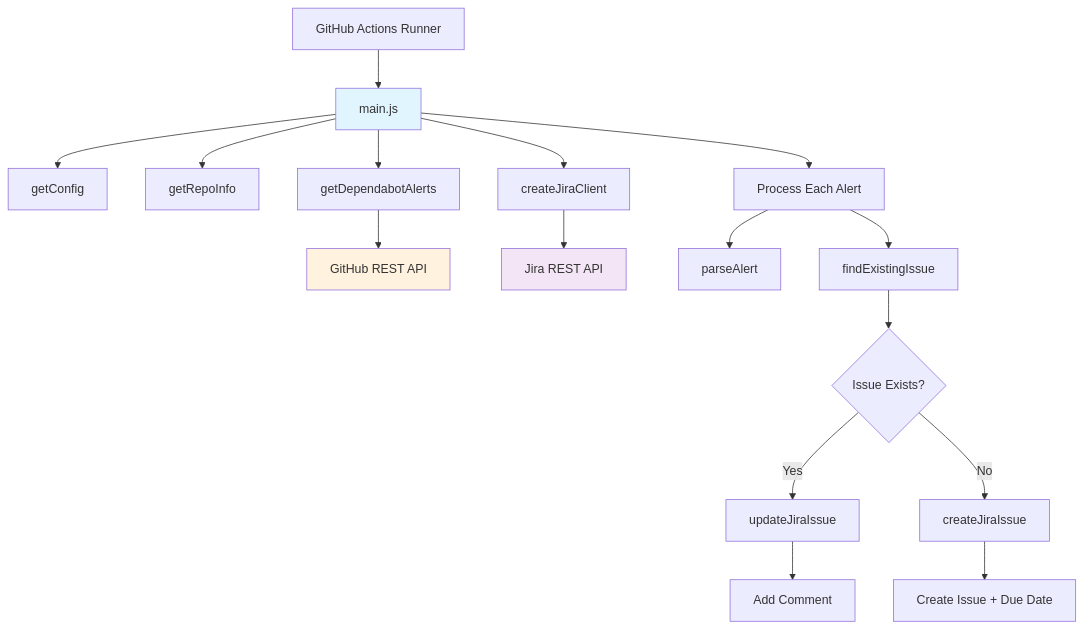
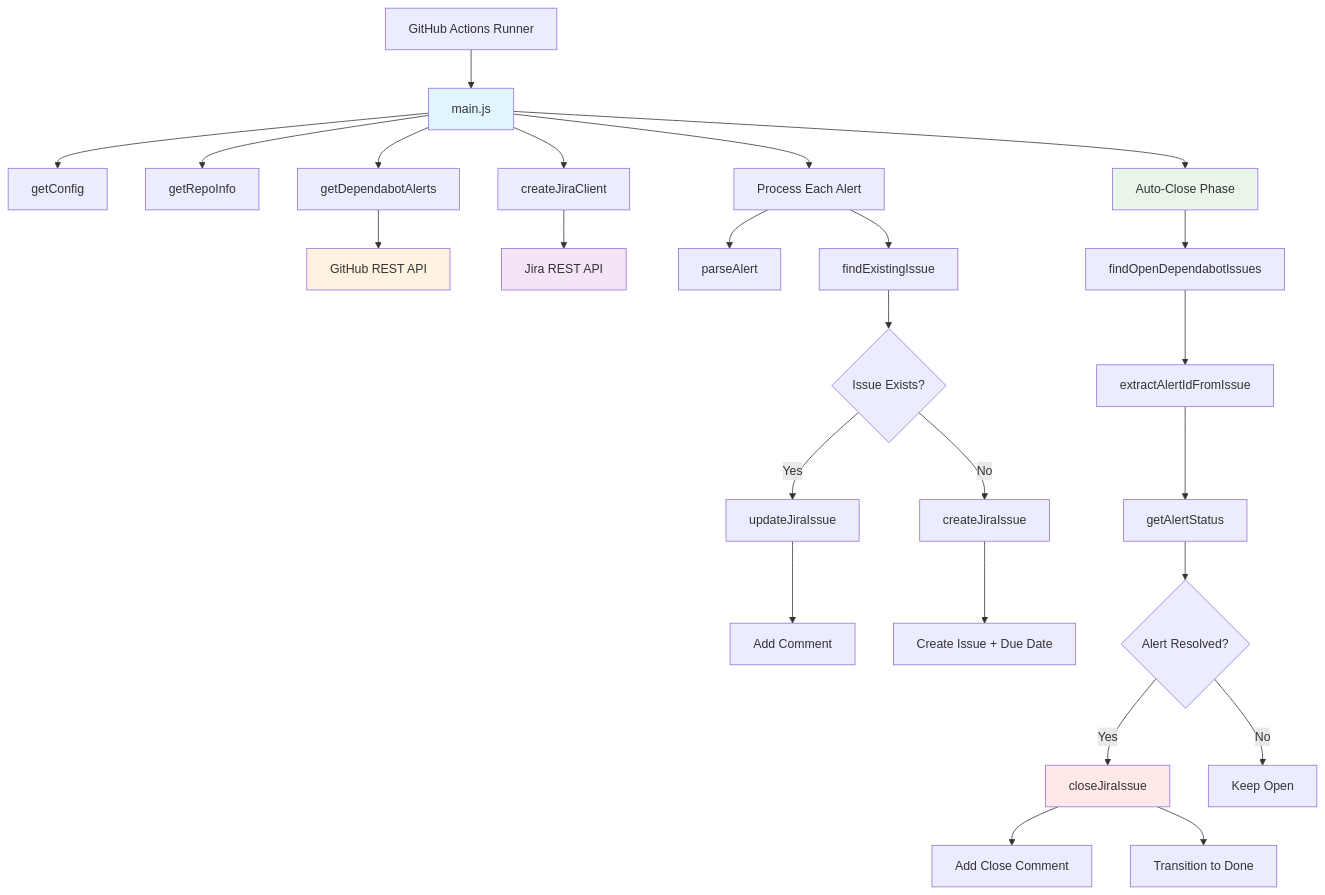
The diagram in DEVELOPERS.md (threemonkeysconsulting/dependabot-jira-sync-action), drawn with Mermaid before and after one commit. The commit also changed other lines of this file and 12 other files, not shown here.

Commit message:
Added auto close for when the dependabot issues are closed

````diff
--- a/DEVELOPERS.md
+++ b/DEVELOPERS.md
@@ -8,25 +8,39 @@
 ```mermaid
 graph TB
     A[GitHub Actions Runner] --> B[main.js]
     B --> C[getConfig]
     B --> D[getRepoInfo]
     B --> E[getDependabotAlerts]
     B --> F[createJiraClient]
 
     E --> G[GitHub REST API]
     F --> H[Jira REST API]
 
     B --> I[Process Each Alert]
     I --> J[parseAlert]
     I --> K[findExistingIssue]
     K --> L{Issue Exists?}
     L -->|Yes| M[updateJiraIssue]
     L -->|No| N[createJiraIssue]
 
     M --> O[Add Comment]
     N --> P[Create Issue + Due Date]
 
+    %% Auto-close flow
+    B --> Q[Auto-Close Phase]
+    Q --> R[findOpenDependabotIssues]
+    R --> S[extractAlertIdFromIssue]
+    S --> T[getAlertStatus]
+    T --> U{Alert Resolved?}
+    U -->|Yes| V[closeJiraIssue]
+    U -->|No| W[Keep Open]
+
+    V --> X[Add Close Comment]
+    V --> Y[Transition to Done]
+
     style B fill:#e1f5fe
     style G fill:#fff3e0
     style H fill:#f3e5f5
+    style Q fill:#e8f5e8
+    style V fill:#ffe8e8
 ```
````
